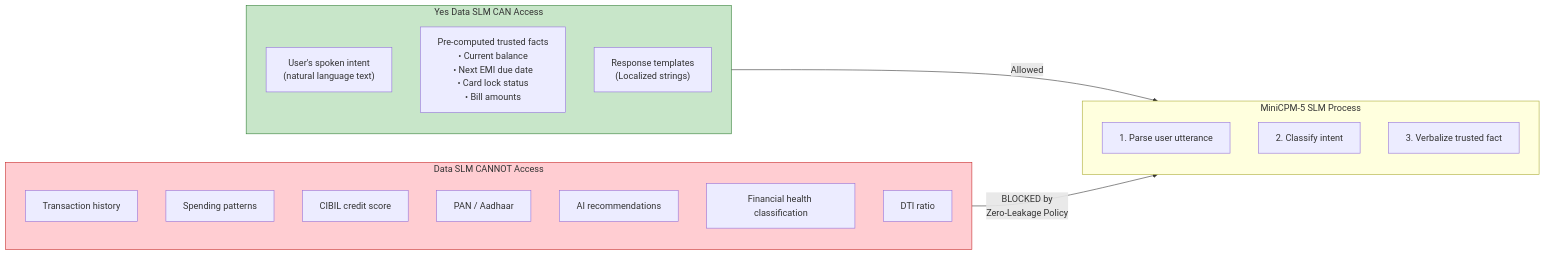
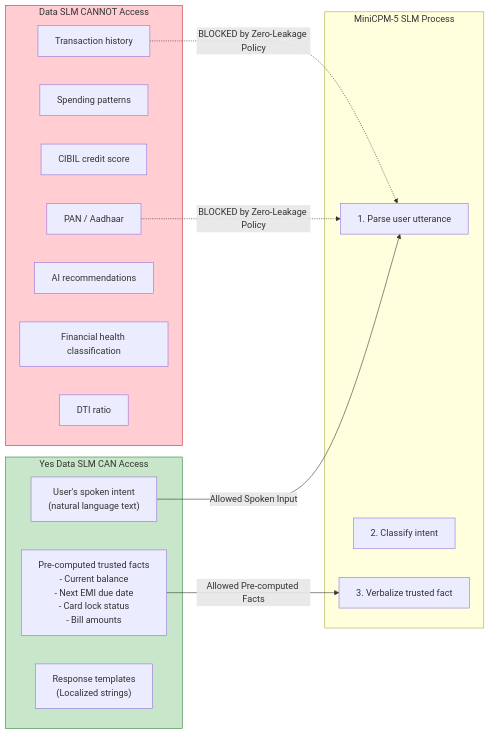
One commit to Neutron-0/ABC-Bank changed diagram 25 of 41 in README.md. Above: the diagram before and after it, drawn with Mermaid. The commit also changed other lines of this file and 33 other files, not shown here.

````diff
--- a/README.md
+++ b/README.md
@@ -1767,30 +1537,32 @@
 ```mermaid
 flowchart LR
   subgraph Visible["Yes Data SLM CAN Access"]
-    Intent["User's spoken intent\n(natural language text)"]
-    TrustedFacts2["Pre-computed trusted facts\n• Current balance\n• Next EMI due date\n• Card lock status\n• Bill amounts"]
-    Templates["Response templates\n(Localized strings)"]
+    Intent["User's spoken intent<br/>(natural language text)"]
+    TrustedFacts2["Pre-computed trusted facts<br/>- Current balance<br/>- Next EMI due date<br/>- Card lock status<br/>- Bill amounts"]
+    Templates["Response templates<br/>(Localized strings)"]
   end
 
   subgraph Blocked["Data SLM CANNOT Access"]
     TxnHistory["Transaction history"]
     SpendingData["Spending patterns"]
     CreditScore["CIBIL credit score"]
     PersonalData["PAN / Aadhaar"]
     Recommendations2["AI recommendations"]
     FinancialHealth2["Financial health classification"]
     DTIRatio["DTI ratio"]
   end
 
   subgraph SLMProcess["MiniCPM-5 SLM Process"]
     Parse["1. Parse user utterance"]
     Classify["2. Classify intent"]
     Verbalize["3. Verbalize trusted fact"]
   end
 
-  Visible -->|"Allowed"| SLMProcess
-  Blocked -->|"BLOCKED by\nZero-Leakage Policy"| SLMProcess
+  Intent -->|Allowed Spoken Input| Parse
+  TrustedFacts2 -->|Allowed Pre-computed Facts| Verbalize
+  TxnHistory -.->|BLOCKED by Zero-Leakage Policy| Parse
+  PersonalData -.->|BLOCKED by Zero-Leakage Policy| Parse
 
   style Blocked fill:#ffcdd2,stroke:#c62828
   style Visible fill:#c8e6c9,stroke:#2e7d32
 ```
````
